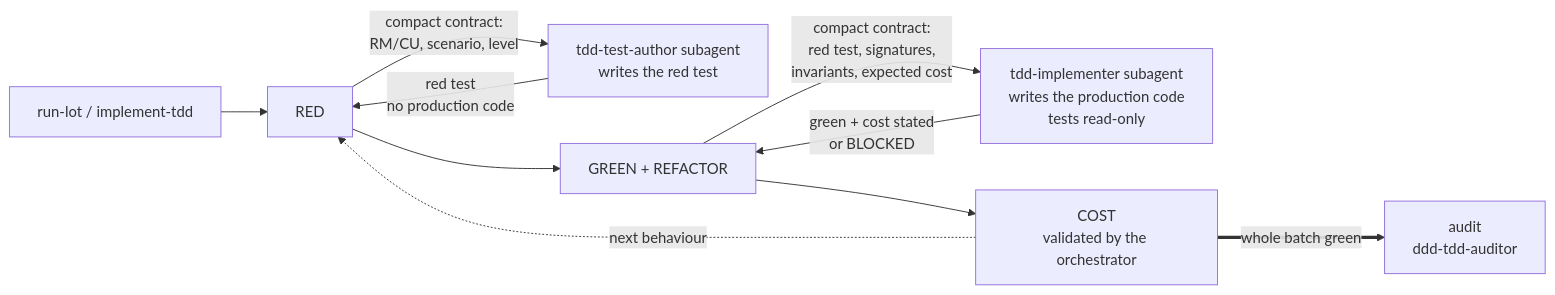
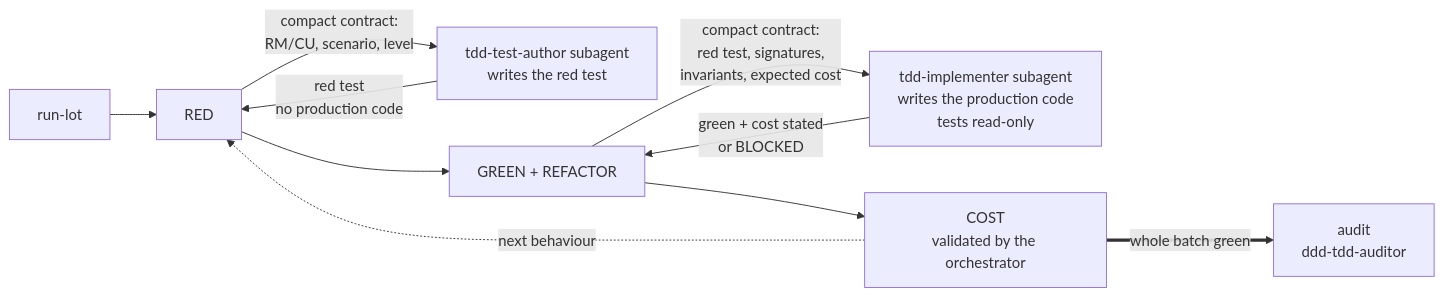
One commit to pierrebelin/claude-code-toolkit changed the second of 2 diagrams in README.md. Above: the diagram before and after it, drawn with Mermaid. The commit also changed other lines of this file and 94 other files, not shown here.

````diff
--- a/README.md
+++ b/README.md
@@ -53,12 +53,12 @@
 ```mermaid
 flowchart LR
-    I["run-lot / implement-tdd"] --> R
+    I["run-lot"] --> R
     R["RED"] -->|"compact contract:<br/>RM/CU, scenario, level"| A["tdd-test-author subagent<br/>writes the red test"]
     A -->|"red test<br/>no production code"| R
     R --> G["GREEN + REFACTOR"]
     G -->|"compact contract:<br/>red test, signatures,<br/>invariants, expected cost"| B["tdd-implementer subagent<br/>writes the production code<br/>tests read-only"]
     B -->|"green + cost stated<br/>or BLOCKED"| G
     G --> C["COST<br/>validated by the orchestrator"]
     C -.->|"next behaviour"| R
     C ==>|"whole batch green"| V["audit<br/>ddd-tdd-auditor"]
 ```
````
